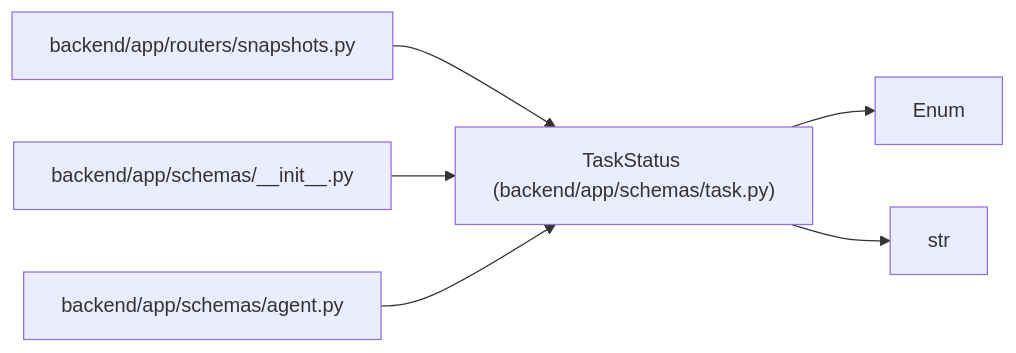
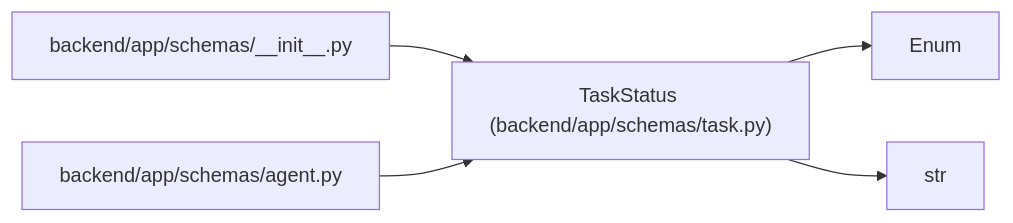
The diagram in docs/llm_wiki/entities/schemas_task_TaskStatus.md (Denissvgn/WorkChord), drawn with Mermaid before and after one commit. The commit also changed other lines of this file and 732 other files, not shown here.

Commit message:
Sync the architectural wiki for the postponed task status

````diff
--- a/docs/llm_wiki/entities/schemas_task_TaskStatus.md
+++ b/docs/llm_wiki/entities/schemas_task_TaskStatus.md
@@ -30,18 +30,15 @@
 ```mermaid
 flowchart LR
     n0["TaskStatus (backend/app/schemas/task.py)"]
     n1["Enum"]
     n2["str"]
-    n3["backend/app/routers/snapshots.py"]
-    n4["backend/app/schemas/__init__.py"]
-    n5["backend/app/schemas/agent.py"]
+    n3["backend/app/schemas/__init__.py"]
+    n4["backend/app/schemas/agent.py"]
     n0 --> n1
     n0 --> n2
     n3 --> n0
     n4 --> n0
-    n5 --> n0
     click n0 "../modules/schemas_task.md"
-    click n3 "../modules/snapshots.md"
-    click n4 "../modules/schemas___init__.md"
-    click n5 "../modules/schemas_agent.md"
+    click n3 "../modules/schemas___init__.md"
+    click n4 "../modules/schemas_agent.md"
 ```
````
